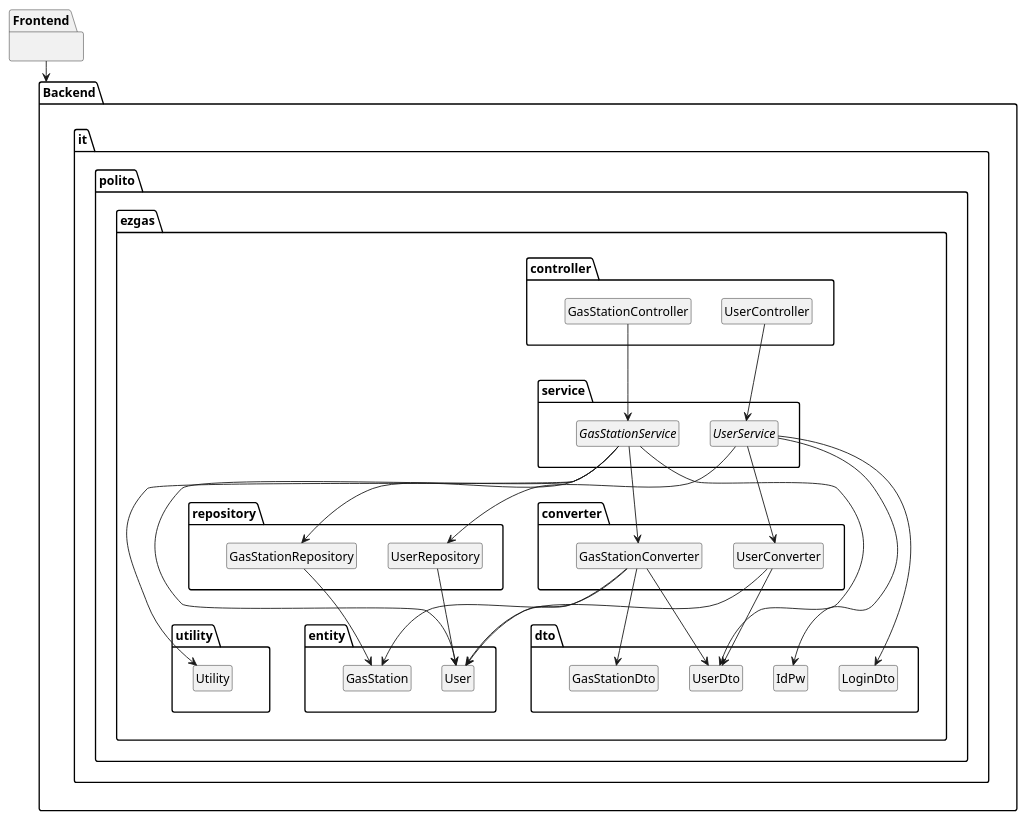
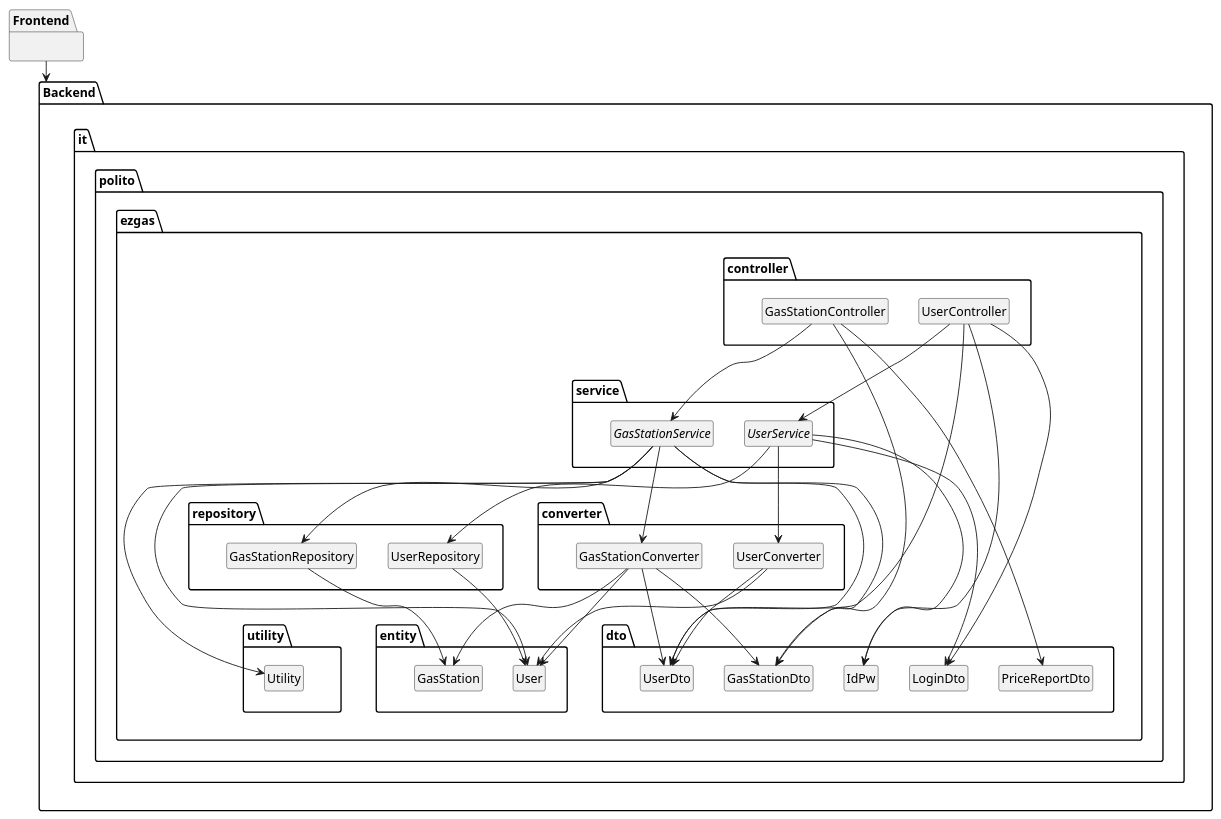
The diagram in docs/IntegrationApiTestReport.md (SE2-group4/SE1-project), drawn with PlantUML before and after one commit. The commit also changed other lines of this file and 2 other files, not shown here.

Commit message:
docs: docs modified
Integration api test report modified
coverage integration tests updated

```diff
--- a/docs/IntegrationApiTestReport.md
+++ b/docs/IntegrationApiTestReport.md
@@ -70,6 +70,8 @@
     class LoginDto
 
     class UserDto
+
+    class PriceReportDto
 }
 
 package "it.polito.ezgas.entity" {
@@ -79,9 +81,15 @@
 }
 
 GasStationController -> GasStationService
+GasStationController -> PriceReportDto
+GasStationController -> GasStationDto
 UserController -> UserService
+UserController -> UserDto
+UserController -> LoginDto
+UserController -> IdPw
 GasStationService -> GasStationRepository
 GasStationService -> Utility
+GasStationService -> GasStationDto
 UserService -> UserRepository
 GasStationService -> GasStationConverter
 UserService -> UserConverter
```
